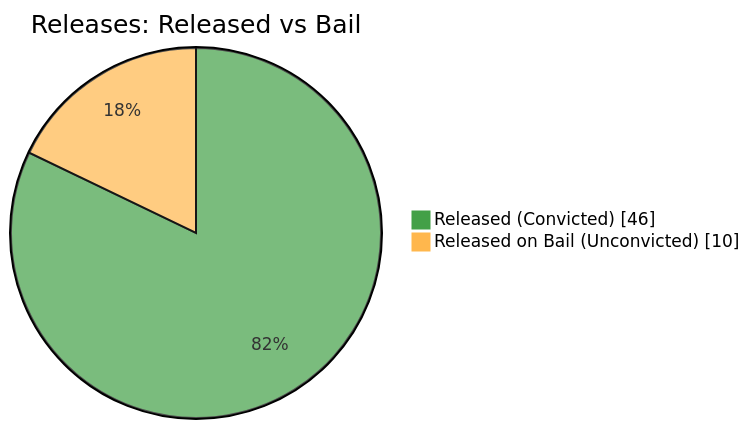
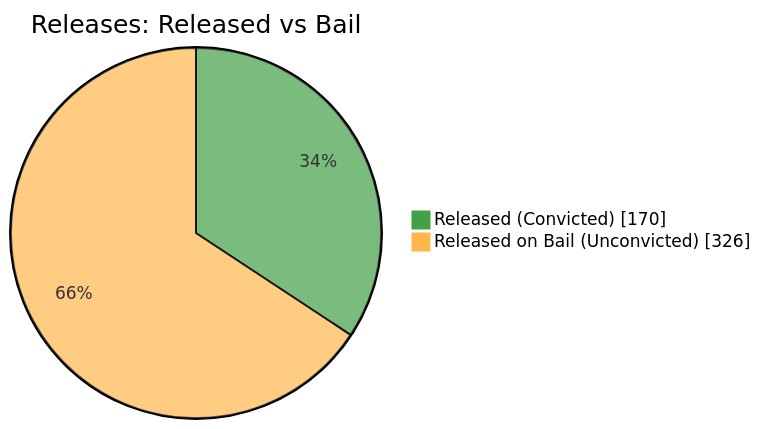
Before and after one commit to nuuuwan/lk_prisons: the fifth of 7 diagrams in README.md, drawn with Mermaid. The commit also changed other lines of this file and 1 other file, not shown here.

````diff
--- a/README.md
+++ b/README.md
@@ -87,6 +87,6 @@
 ```mermaid
 %%{init: {'themeVariables': {'pie1': '#43A047', 'pie2': '#FFB74D'}}}%%
 pie showData title Releases: Released vs Bail
-    "Released (Convicted)" : 46
-    "Released on Bail (Unconvicted)" : 10
+    "Released (Convicted)" : 170
+    "Released on Bail (Unconvicted)" : 326
 ```
````
